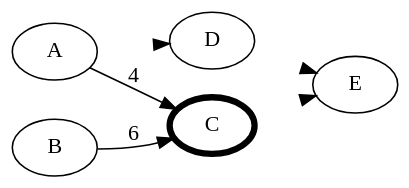
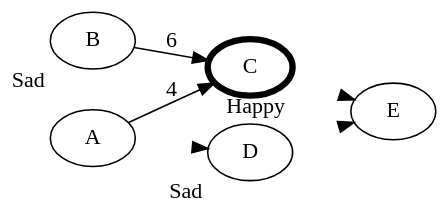
One commit to decrypto-org/TrustIsRisk changed the diagram in presentations/AtheCrypt10-1-2017/figures/transitiveGame4.dot. Above: the diagram before and after it, drawn with Graphviz. The commit also changed 3 other files, not shown here.

Commit message:
add happy angry sad to .dot files

```diff
--- a/presentations/AtheCrypt10-1-2017/figures/transitiveGame4.dot
+++ b/presentations/AtheCrypt10-1-2017/figures/transitiveGame4.dot
@@ -1,10 +1,13 @@
 digraph G {
   graph [bgcolor=transparent]
   rankdir=LR;
+  B [xlabel="Sad"]
+  C [xlabel="Happy"]
+  D [xlabel="Sad"]
   C [penwidth=4]
   A -> C [label="4"]
   A -> D [style=invisible]
   B -> C [label="6"]
   C -> E [style=invisible]
   D -> E [style=invisible]
 }
```
